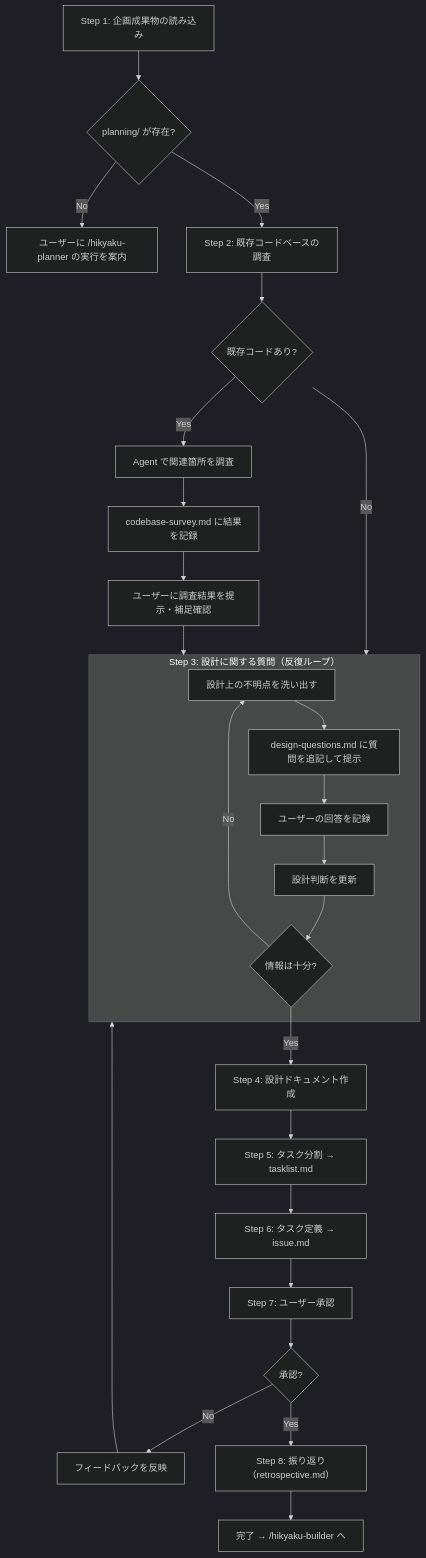
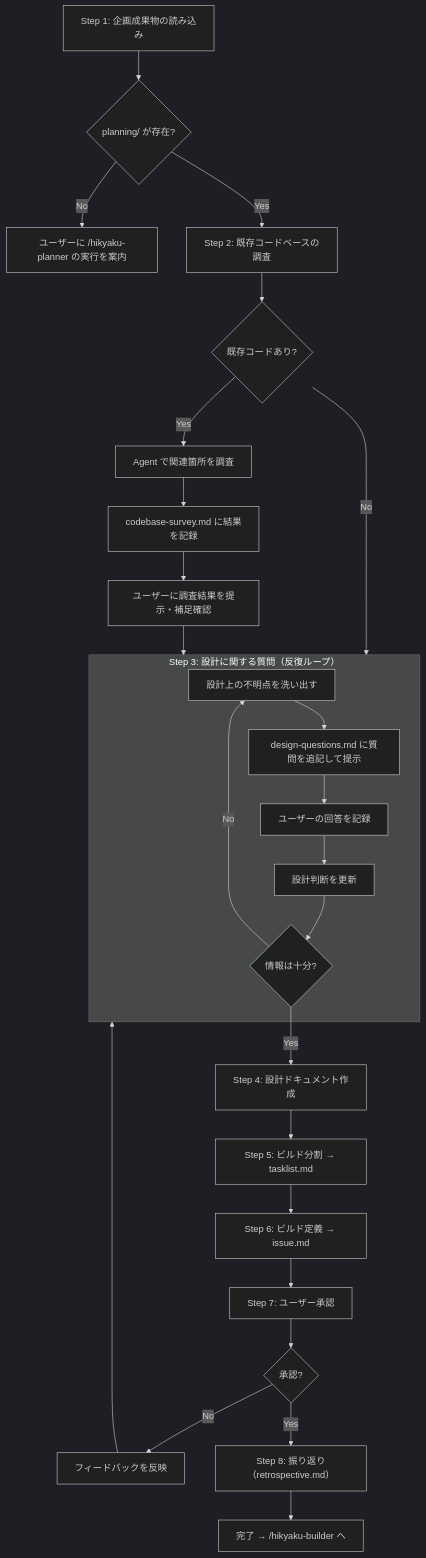
One commit to tak-solder/hikyaku changed the diagram in skills/hikyaku-architect/SKILL.md. Above: the diagram before and after it, drawn with Mermaid (dark theme). The commit also changed other lines of this file and 7 other files, not shown here.

````diff
--- a/skills/hikyaku-architect/SKILL.md
+++ b/skills/hikyaku-architect/SKILL.md
@@ -95,31 +95,31 @@
 ```mermaid
 flowchart TD
     S1["Step 1: 企画成果物の読み込み"] --> S1a{"planning/ が存在?"}
     S1a -- No --> S1b["ユーザーに /hikyaku-planner の実行を案内"]
     S1a -- Yes --> S2
 
     S2["Step 2: 既存コードベースの調査"] --> S2a{"既存コードあり?"}
     S2a -- No --> S3
     S2a -- Yes --> S2b["Agent で関連箇所を調査"]
     S2b --> S2c["codebase-survey.md に結果を記録"]
     S2c --> S2d["ユーザーに調査結果を提示・補足確認"]
     S2d --> S3
 
     subgraph S3["Step 3: 設計に関する質問（反復ループ）"]
         Q1["設計上の不明点を洗い出す"] --> Q2["design-questions.md に質問を追記して提示"]
         Q2 --> Q3["ユーザーの回答を記録"]
         Q3 --> Q4["設計判断を更新"]
         Q4 --> Q5{"情報は十分?"}
         Q5 -- No --> Q1
     end
 
     Q5 -- Yes --> S4["Step 4: 設計ドキュメント作成"]
-    S4 --> S5["Step 5: タスク分割 → tasklist.md"]
-    S5 --> S6["Step 6: タスク定義 → issue.md"]
+    S4 --> S5["Step 5: ビルド分割 → tasklist.md"]
+    S5 --> S6["Step 6: ビルド定義 → issue.md"]
     S6 --> S7["Step 7: ユーザー承認"]
     S7 --> S7a{"承認?"}
     S7a -- No --> S7b["フィードバックを反映"]
     S7b --> S3
     S7a -- Yes --> S8["Step 8: 振り返り（retrospective.md）"]
     S8 --> Done["完了 → /hikyaku-builder へ"]
 ```
````
